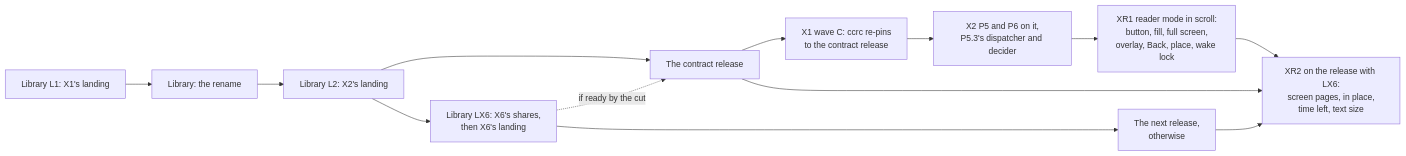
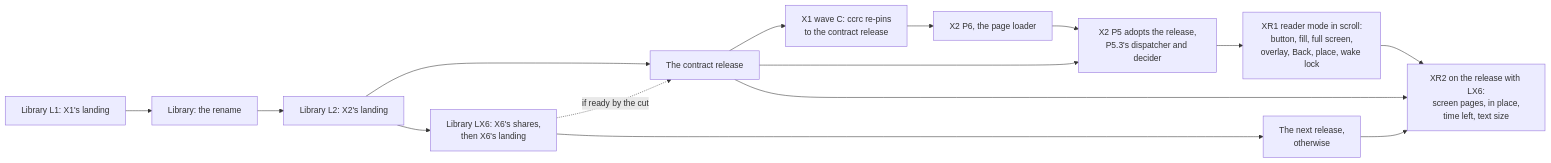
Before and after one commit to Synapsium-Labs/ccrc-pwa: the fifth of 5 diagrams in docs/superpowers/specs/2026-11-20-native-docs-reader-mode-design.md, drawn with Mermaid. The commit also changed other lines of this file and 2 other files, not shown here.

````diff
--- a/docs/superpowers/specs/2026-11-20-native-docs-reader-mode-design.md
+++ b/docs/superpowers/specs/2026-11-20-native-docs-reader-mode-design.md
@@ -573,14 +573,16 @@
 ```mermaid
 flowchart LR
   L1["Library L1: X1's landing"] --> RN["Library: the rename"] --> L2["Library L2: X2's landing"]
   L2 --> CR["The contract release"]
   CR --> WC["X1 wave C: ccrc re-pins<br/>to the contract release"]
-  WC --> P5["X2 P5 and P6 on it,<br/>P5.3's dispatcher and decider"]
+  WC --> P6["X2 P6, the page loader"]
+  P6 --> P5["X2 P5 adopts the release,<br/>P5.3's dispatcher and decider"]
+  CR --> P5
   P5 --> XR1["XR1 reader mode in scroll:<br/>button, fill, full screen,<br/>overlay, Back, place, wake lock"]
   L2 --> LX6["Library LX6: X6's shares,<br/>then X6's landing"]
   LX6 -.->|"if ready by the cut"| CR
   LX6 --> NR["The next release,<br/>otherwise"]
   CR --> XR2["XR2 on the release with LX6:<br/>screen pages, in place,<br/>time left, text size"]
   NR --> XR2
   XR1 --> XR2
 ```
````
